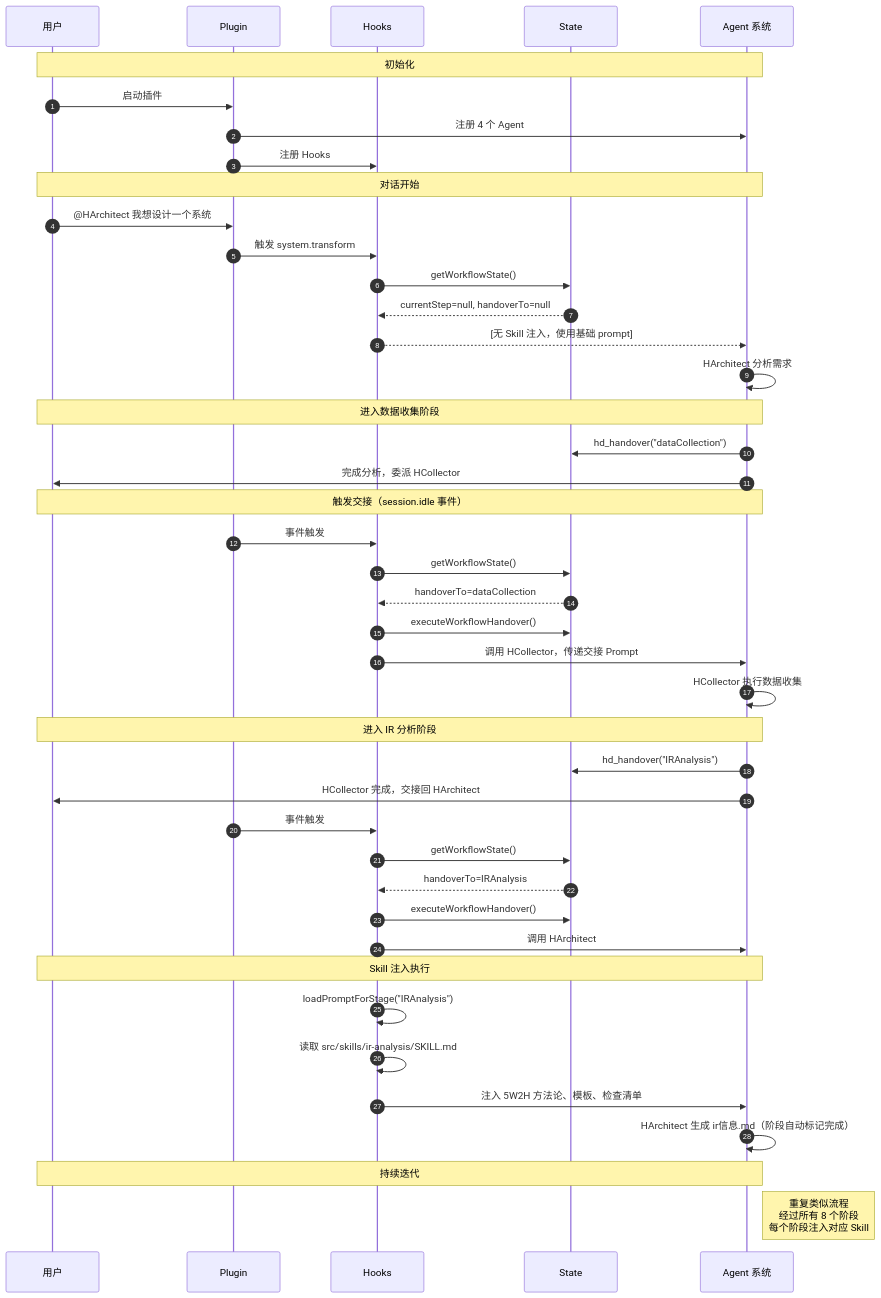
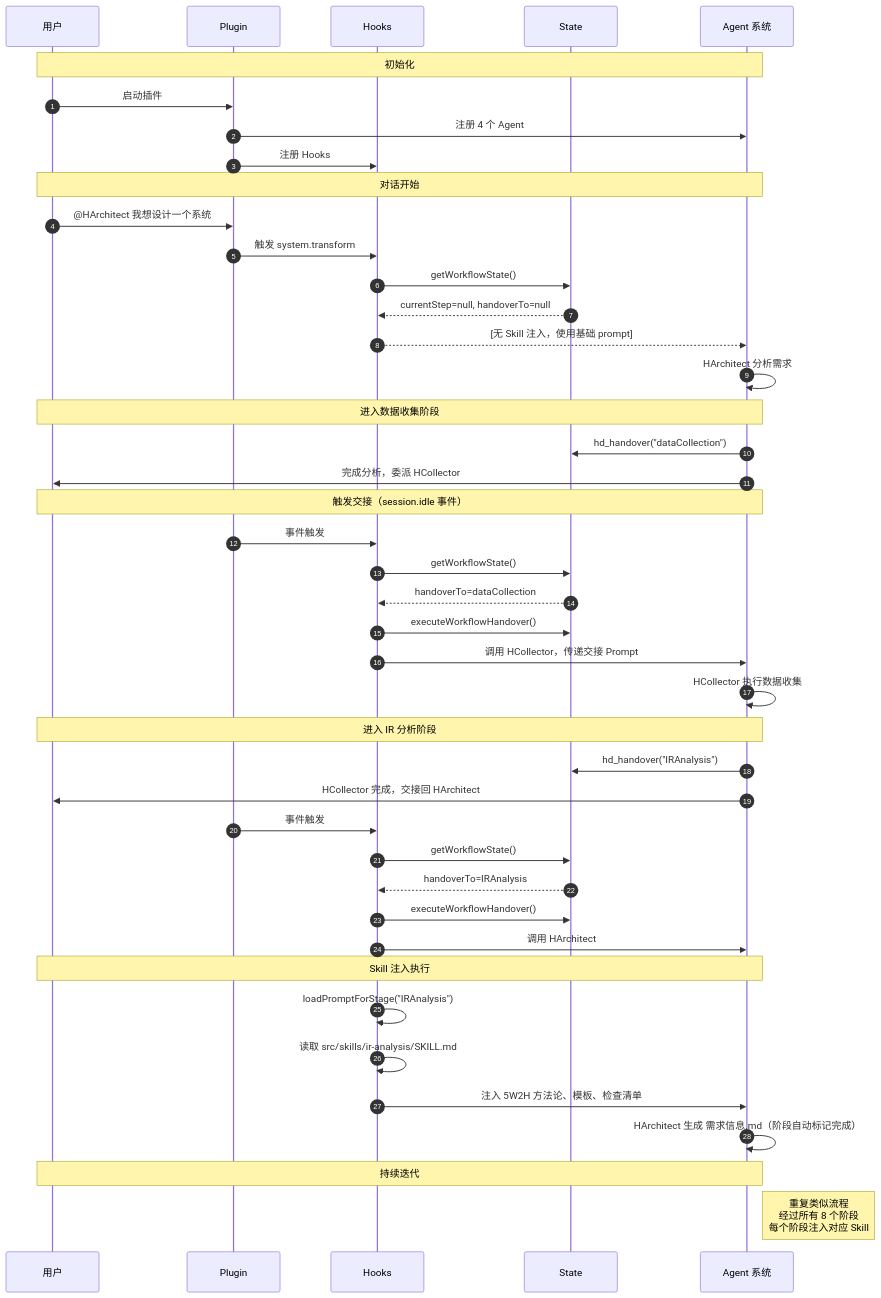
One commit to aiimoyu/hyper-designer changed the fourth of 4 diagrams in TECHNICAL_WIKI.md. Above: the diagram before and after it, drawn with Mermaid. The commit also changed other lines of this file and 1 other file, not shown here.

````diff
--- a/TECHNICAL_WIKI.md
+++ b/TECHNICAL_WIKI.md
@@ -672,53 +672,53 @@
 ```mermaid
 sequenceDiagram
     autonumber
     participant U as 用户
     participant P as Plugin
     participant H as Hooks
     participant S as State
     participant Agents as Agent 系统
 
     Note over U,Agents: 初始化
     U->>P: 启动插件
     P->>Agents: 注册 4 个 Agent
     P->>H: 注册 Hooks
 
     Note over U,Agents: 对话开始
     U->>P: @HArchitect 我想设计一个系统
     P->>H: 触发 system.transform
     H->>S: getWorkflowState()
     S-->>H: currentStep=null, handoverTo=null
     H-->>Agents: [无 Skill 注入，使用基础 prompt]
     Agents->>Agents: HArchitect 分析需求
 
     Note over U,Agents: 进入数据收集阶段
     Agents->>S: hd_handover("dataCollection")
     Agents->>U: 完成分析，委派 HCollector
 
     Note over U,Agents: 触发交接（session.idle 事件）
     P->>H: 事件触发
     H->>S: getWorkflowState()
     S-->>H: handoverTo=dataCollection
     H->>S: executeWorkflowHandover()
     H->>Agents: 调用 HCollector，传递交接 Prompt
     Agents->>Agents: HCollector 执行数据收集
 
     Note over U,Agents: 进入 IR 分析阶段
     Agents->>S: hd_handover("IRAnalysis")
     Agents->>U: HCollector 完成，交接回 HArchitect
 
     P->>H: 事件触发
     H->>S: getWorkflowState()
     S-->>H: handoverTo=IRAnalysis
     H->>S: executeWorkflowHandover()
     H->>Agents: 调用 HArchitect
 
     Note over U,Agents: Skill 注入执行
     H->>H: loadPromptForStage("IRAnalysis")
     H->>H: 读取 src/skills/ir-analysis/SKILL.md
     H->>Agents: 注入 5W2H 方法论、模板、检查清单
-    Agents->>Agents: HArchitect 生成 ir信息.md（阶段自动标记完成）
+Agents->>Agents: HArchitect 生成 需求信息.md（阶段自动标记完成）
 
     Note over U,Agents: 持续迭代
     Note right of Agents: 重复类似流程<br/>经过所有 8 个阶段<br/>每个阶段注入对应 Skill
 ```
````
